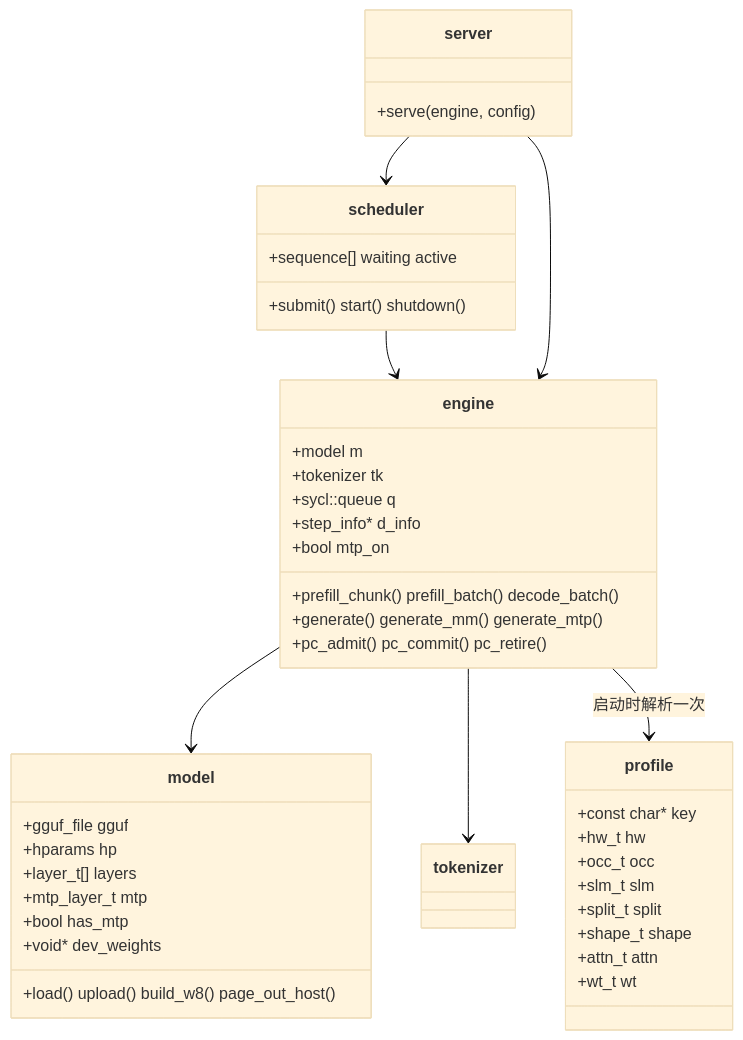
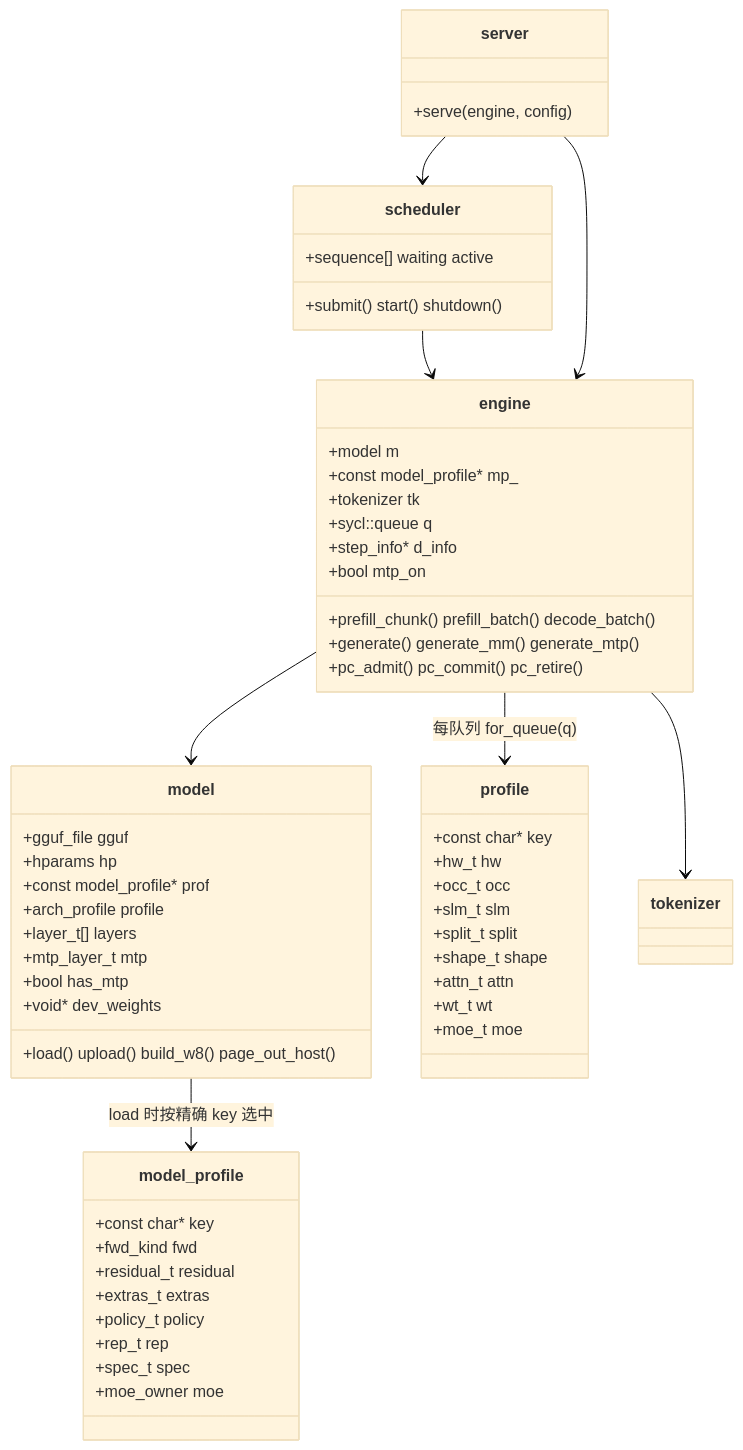
The second of 3 diagrams in docs/architecture.md (notsyncing/sycl-infer), drawn with Mermaid (base theme) before and after one commit. The commit also changed other lines of this file and 8 other files, not shown here.

First line of the commit message:
docs: model/device profile, multimodal, q4 updates

````diff
--- a/docs/architecture.md
+++ b/docs/architecture.md
@@ -169,45 +177,60 @@
 ```mermaid
 classDiagram
     class engine {
         +model m
+        +const model_profile* mp_
         +tokenizer tk
         +sycl::queue q
         +step_info* d_info
         +prefill_chunk() prefill_batch() decode_batch()
         +generate() generate_mm() generate_mtp()
         +pc_admit() pc_commit() pc_retire()
         +bool mtp_on
     }
     class model {
         +gguf_file gguf
         +hparams hp
+        +const model_profile* prof
+        +arch_profile profile
         +layer_t[] layers
         +mtp_layer_t mtp
         +bool has_mtp
         +void* dev_weights
         +load() upload() build_w8() page_out_host()
+    }
+    class model_profile {
+        +const char* key
+        +fwd_kind fwd
+        +residual_t residual
+        +extras_t extras
+        +policy_t policy
+        +rep_t rep
+        +spec_t spec
+        +moe_owner moe
     }
     class profile {
         +const char* key
         +hw_t hw
         +occ_t occ
         +slm_t slm
         +split_t split
         +shape_t shape
         +attn_t attn
         +wt_t wt
+        +moe_t moe
     }
     class scheduler {
         +sequence[] waiting active
         +submit() start() shutdown()
     }
     class server {
         +serve(engine, config)
     }
     engine --> model
+    model --> model_profile : load 时按精确 key 选中
     engine --> tokenizer
-    engine --> profile : 启动时解析一次
+    engine --> profile : 每队列 for_queue(q)
     scheduler --> engine
     server --> scheduler
     server --> engine
 ```
````
